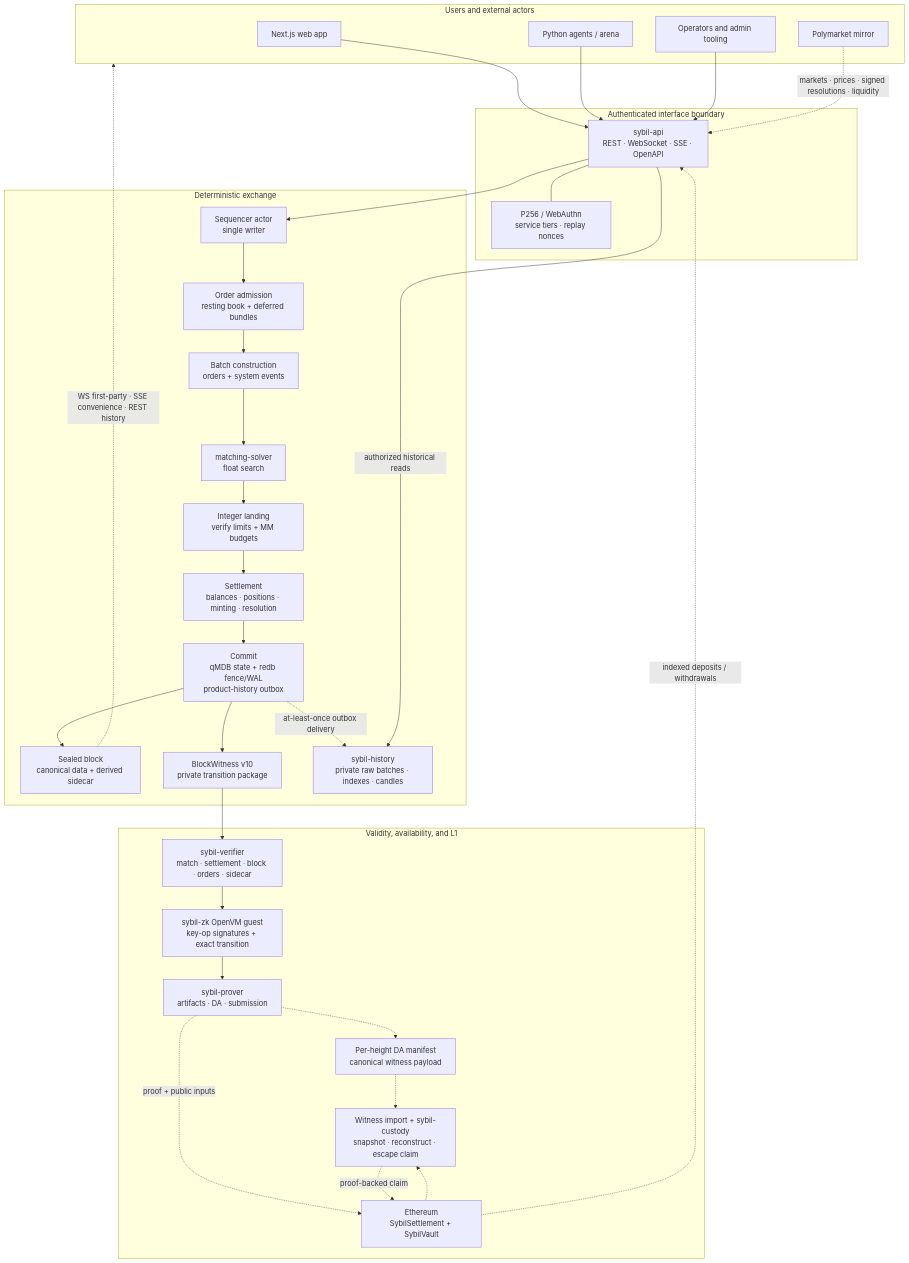
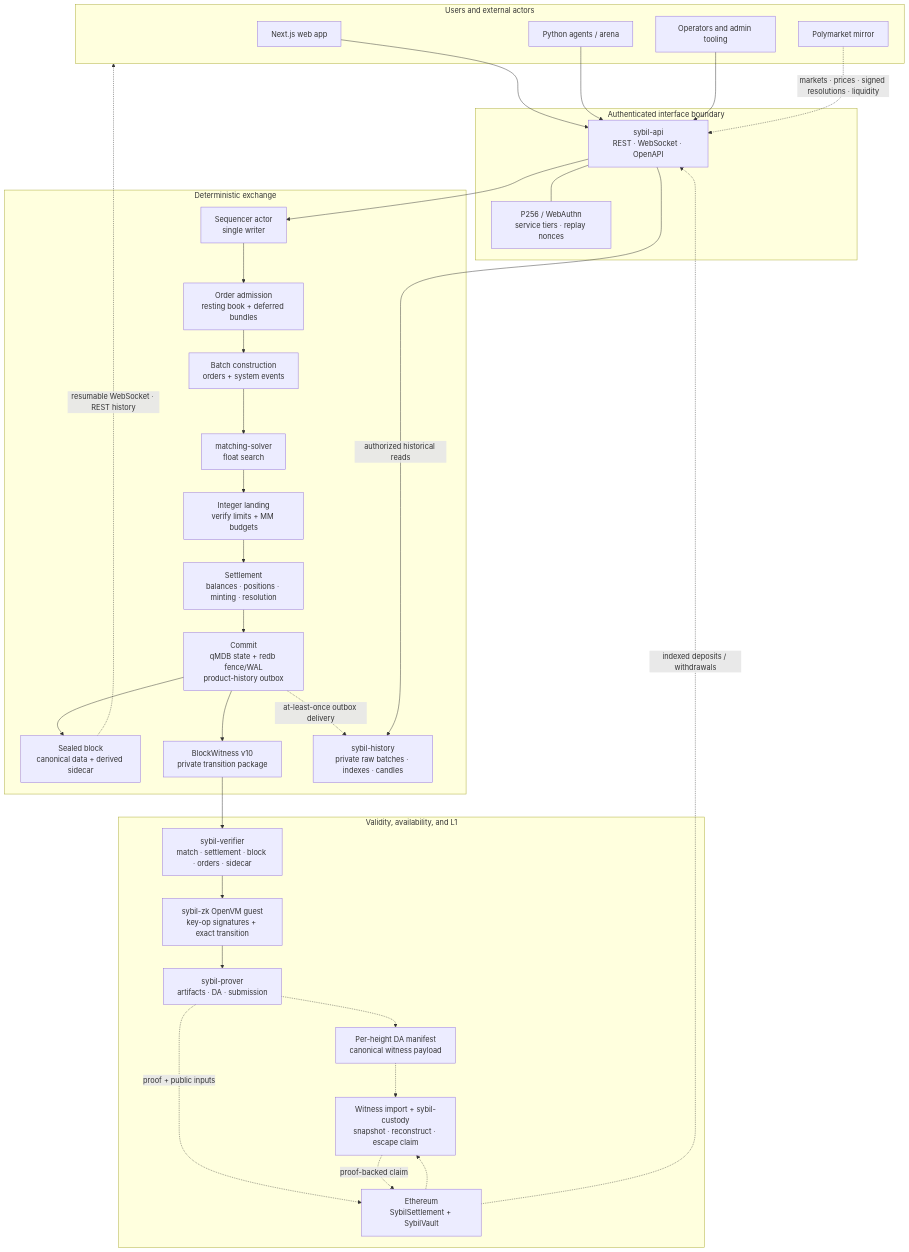
One commit to MetaB0y/sybil changed the first of 2 diagrams in docs/architecture/Sybil Architecture.md. Above: the diagram before and after it, drawn with Mermaid. The commit also changed other lines of this file and 39 other files, not shown here.

Commit message:
refactor(api): retire public SSE after WS migration

````diff
--- a/docs/architecture/Sybil Architecture.md
+++ b/docs/architecture/Sybil Architecture.md
@@ -21,58 +21,58 @@
 ```mermaid
 flowchart TB
     subgraph users["Users and external actors"]
         WEB["Next.js web app"]
         BOTS["Python agents / arena"]
         PM["Polymarket mirror"]
         OPS["Operators and admin tooling"]
     end
 
     subgraph edge["Authenticated interface boundary"]
-        API["sybil-api<br/>REST · WebSocket · SSE · OpenAPI"]
+        API["sybil-api<br/>REST · WebSocket · OpenAPI"]
         AUTH["P256 / WebAuthn<br/>service tiers · replay nonces"]
         API --- AUTH
     end
 
     subgraph exchange["Deterministic exchange"]
         ACTOR["Sequencer actor<br/>single writer"]
         ADMIT["Order admission<br/>resting book + deferred bundles"]
         BATCH["Batch construction<br/>orders + system events"]
         SOLVE["matching-solver<br/>float search"]
         LAND["Integer landing<br/>verify limits + MM budgets"]
         SETTLE["Settlement<br/>balances · positions · minting · resolution"]
         STORE["Commit<br/>qMDB state + redb fence/WAL<br/>product-history outbox"]
         BLOCK["Sealed block<br/>canonical data + derived sidecar"]
         WIT["BlockWitness v10<br/>private transition package"]
         HIST["sybil-history<br/>private raw batches · indexes · candles"]
 
         ACTOR --> ADMIT --> BATCH --> SOLVE --> LAND --> SETTLE --> STORE
         STORE --> BLOCK
         STORE --> WIT
         STORE -.->|"at-least-once outbox delivery"| HIST
     end
 
     subgraph validity["Validity, availability, and L1"]
         VERIFY["sybil-verifier<br/>match · settlement · block · orders · sidecar"]
         GUEST["sybil-zk OpenVM guest<br/>key-op signatures + exact transition"]
         PROVER["sybil-prover<br/>artifacts · DA · submission"]
         DA["Per-height DA manifest<br/>canonical witness payload"]
         L1["Ethereum<br/>SybilSettlement + SybilVault"]
         ESCAPE["Witness import + sybil-custody<br/>snapshot · reconstruct · escape claim"]
 
         WIT --> VERIFY --> GUEST --> PROVER
         PROVER -.-> DA
         PROVER -.->|"proof + public inputs"| L1
         DA -.-> ESCAPE
         L1 -.-> ESCAPE
         ESCAPE -.->|"proof-backed claim"| L1
     end
 
     WEB --> API
     BOTS --> API
     OPS --> API
     PM -.->|"markets · prices · signed resolutions · liquidity"| API
     API --> ACTOR
     API -->|"authorized historical reads"| HIST
-    BLOCK -.->|"WS first-party · SSE convenience · REST history"| users
+    BLOCK -.->|"resumable WebSocket · REST history"| users
     L1 -.->|"indexed deposits / withdrawals"| API
 ```
````
